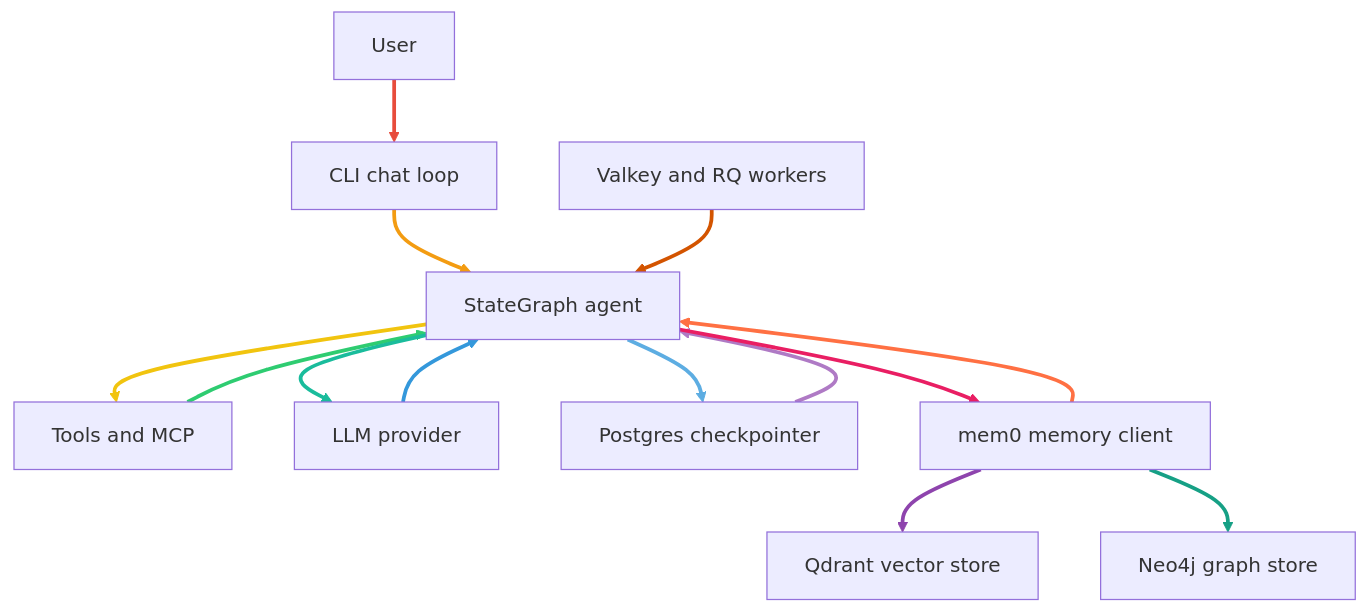
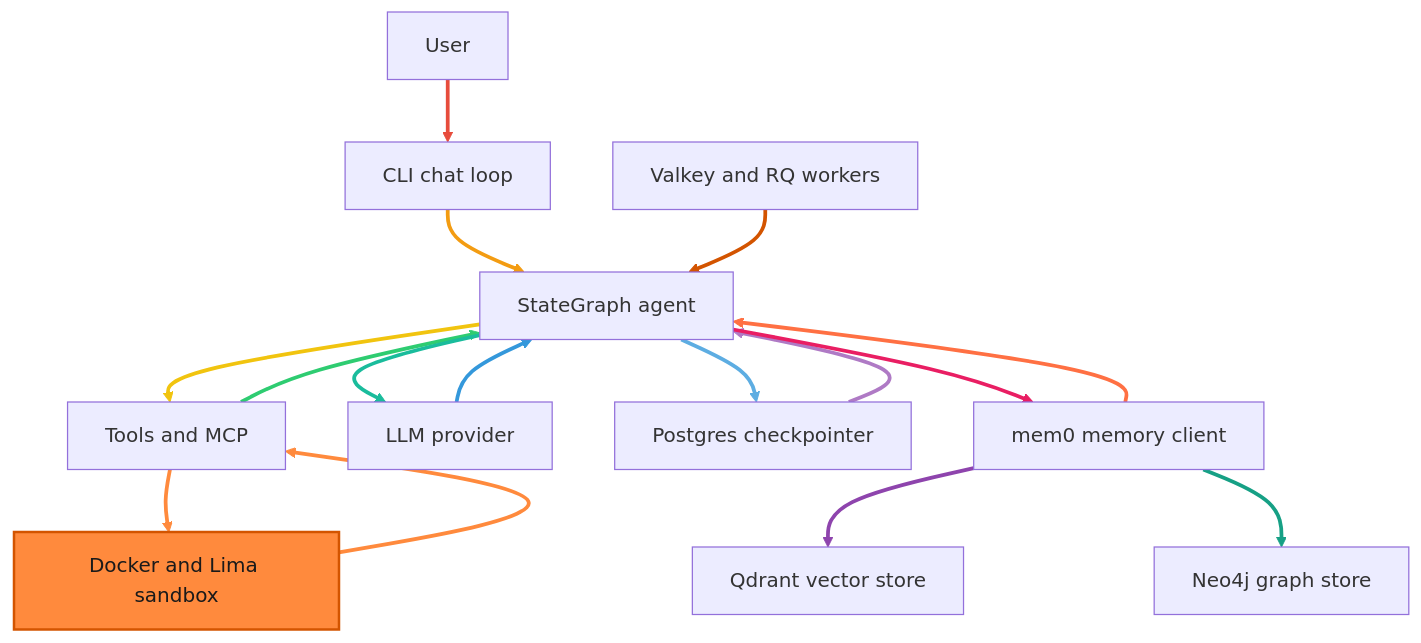
Before and after one commit to The-Tourist-170/darwin: the diagram in README.md, drawn with Mermaid. The commit also changed other lines of this file and 16 other files, not shown here.

Commit message:
Phase 4: Add isolated execution sandbox with Docker and Lima support

````diff
--- a/README.md
+++ b/README.md
@@ -71,30 +111,37 @@
 ```mermaid
 graph TD;
     User[User] --> Chat[CLI chat loop];
     Chat --> Agent[StateGraph agent];
     Agent --> Tools[Tools and MCP];
     Tools --> Agent;
     Agent --> LLM[LLM provider];
     LLM --> Agent;
     Agent --> Postgres[Postgres checkpointer];
     Postgres --> Agent;
     Agent --> Memory[mem0 memory client];
     Memory --> Agent;
     Memory --> Qdrant[Qdrant vector store];
     Memory --> Neo4j[Neo4j graph store];
     Valkey[Valkey and RQ workers] --> Agent;
+    Tools --> Sandbox[Docker and Lima sandbox];
+    Sandbox --> Tools;
+
+    classDef sandbox fill:#ff8a3d,stroke:#d35400,color:#1a1a1a,stroke-width:2px;
 
     linkStyle 0 stroke:#e74c3c,stroke-width:3px;
     linkStyle 1 stroke:#f39c12,stroke-width:3px;
     linkStyle 2 stroke:#f1c40f,stroke-width:3px;
     linkStyle 3 stroke:#2ecc71,stroke-width:3px;
     linkStyle 4 stroke:#1abc9c,stroke-width:3px;
     linkStyle 5 stroke:#3498db,stroke-width:3px;
     linkStyle 6 stroke:#5dade2,stroke-width:3px;
     linkStyle 7 stroke:#af7ac5,stroke-width:3px;
     linkStyle 8 stroke:#e91e63,stroke-width:3px;
     linkStyle 9 stroke:#ff7043,stroke-width:3px;
     linkStyle 10 stroke:#8e44ad,stroke-width:3px;
     linkStyle 11 stroke:#16a085,stroke-width:3px;
     linkStyle 12 stroke:#d35400,stroke-width:3px;
+    linkStyle 13 stroke:#ff8a3d,stroke-width:3px;
+    linkStyle 14 stroke:#ff8a3d,stroke-width:3px;
+    class Sandbox sandbox;
 ```
````
